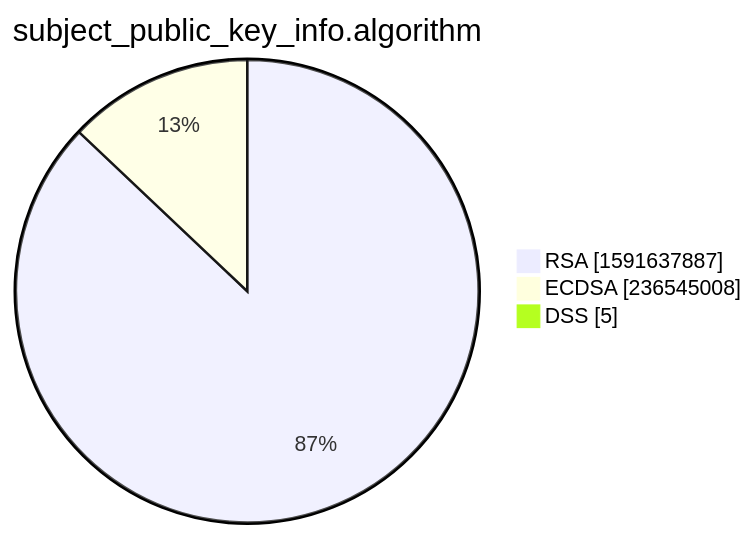
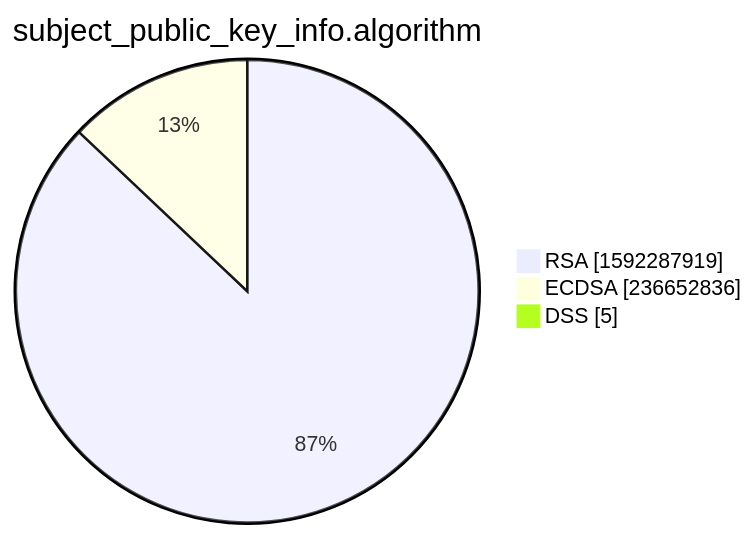
The third of 15 diagrams in xenon2022/README.md (christiankrug/ctmonitor_visualization), drawn with Mermaid before and after one commit. The commit also changed other lines of this file, not shown here.

````diff
--- a/xenon2022/README.md
+++ b/xenon2022/README.md
@@ -14,7 +14,7 @@
 ```mermaid
 pie showData
 title subject_public_key_info.algorithm
-"RSA" :1591637887
-"ECDSA" :236545008
+"RSA" :1592287919
+"ECDSA" :236652836
 "DSS" :5
 ```
````
